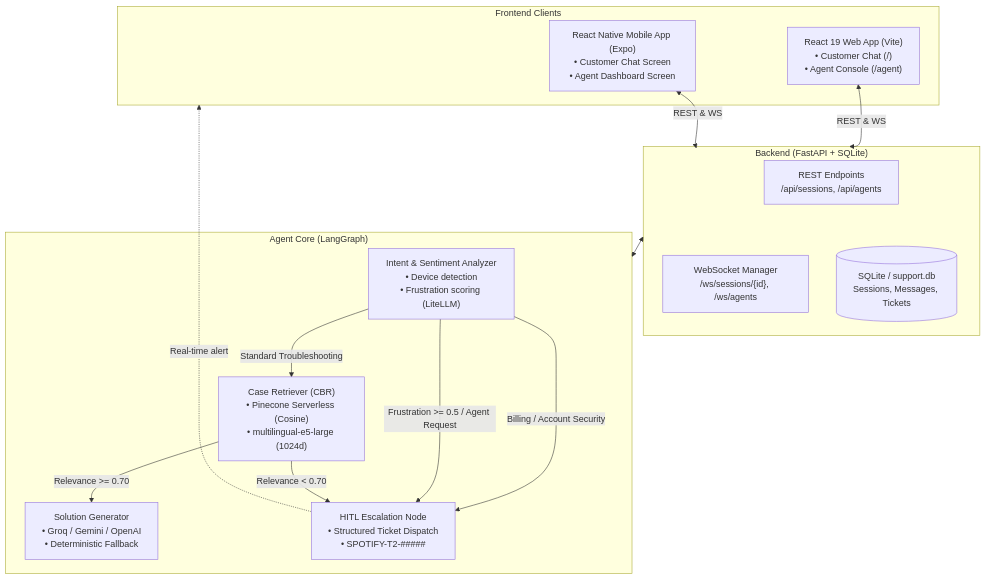
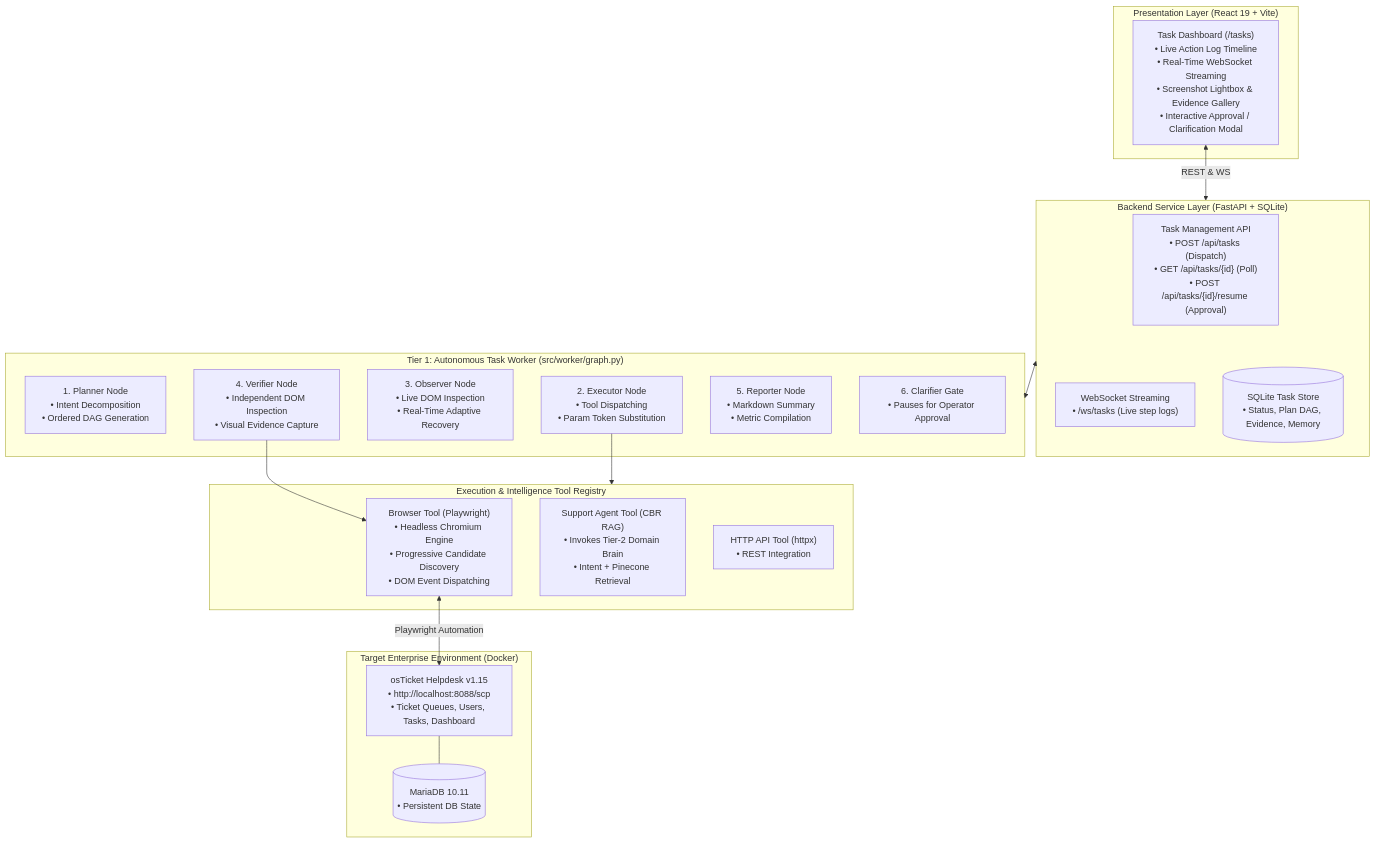
Before and after one commit to Ahad-23/spotify_customer_support_agent: the first of 2 diagrams in README.md, drawn with Mermaid. The commit also changed other lines of this file and 1 other file, not shown here.

Commit message:
docs: set autonomous worker documentation as primary README on autonomous-worker branch

````diff
--- a/README.md
+++ b/README.md
@@ -9,32 +13,40 @@
 ```mermaid
 flowchart TD
-    subgraph Clients["Frontend Clients"]
-        WEB["React 19 Web App (Vite)\n• Customer Chat (/)\n• Agent Console (/agent)"]
-        MOB["React Native Mobile App (Expo)\n• Customer Chat Screen\n• Agent Dashboard Screen"]
+    subgraph Client["Presentation Layer (React 19 + Vite)"]
+        UI["Task Dashboard (/tasks)\n• Live Action Log Timeline\n• Real-Time WebSocket Streaming\n• Screenshot Lightbox & Evidence Gallery\n• Interactive Approval / Clarification Modal"]
     end
 
-    subgraph API["Backend (FastAPI + SQLite)"]
-        REST["REST Endpoints\n/api/sessions, /api/agents"]
-        WS["WebSocket Manager\n/ws/sessions/{id}, /ws/agents"]
-        DB[(SQLite / support.db\nSessions, Messages, Tickets)]
+    subgraph API["Backend Service Layer (FastAPI + SQLite)"]
+        REST["Task Management API\n• POST /api/tasks (Dispatch)\n• GET /api/tasks/{id} (Poll)\n• POST /api/tasks/{id}/resume (Approval)"]
+        WS["WebSocket Streaming\n• /ws/tasks (Live step logs)"]
+        DB[(SQLite Task Store\n• Status, Plan DAG, Evidence, Memory)]
     end
 
-    subgraph Core["Agent Core (LangGraph)"]
-        IA["Intent & Sentiment Analyzer\n• Device detection\n• Frustration scoring (LiteLLM)"]
-        CR["Case Retriever (CBR)\n• Pinecone Serverless (Cosine)\n• multilingual-e5-large (1024d)"]
-        SG["Solution Generator\n• Groq / Gemini / OpenAI\n• Deterministic Fallback"]
-        HITL["HITL Escalation Node\n• Structured Ticket Dispatch\n• SPOTIFY-T2-#####"]
+    subgraph WorkerCore["Tier 1: Autonomous Task Worker (src/worker/graph.py)"]
+        PLANNER["1. Planner Node\n• Intent Decomposition\n• Ordered DAG Generation"]
+        EXECUTOR["2. Executor Node\n• Tool Dispatching\n• Param Token Substitution"]
+        OBSERVER["3. Observer Node\n• Live DOM Inspection\n• Real-Time Adaptive Recovery"]
+        VERIFIER["4. Verifier Node\n• Independent DOM Inspection\n• Visual Evidence Capture"]
+        REPORTER["5. Reporter Node\n• Markdown Summary\n• Metric Compilation"]
+        CLARIFIER["6. Clarifier Gate\n• Pauses for Operator Approval"]
     end
 
-    WEB <-->|REST & WS| API
-    MOB <-->|REST & WS| API
-    API <--> Core
+    subgraph Tools["Execution & Intelligence Tool Registry"]
+        BROWSER["Browser Tool (Playwright)\n• Headless Chromium Engine\n• Progressive Candidate Discovery\n• DOM Event Dispatching"]
+        SUPPORT["Support Agent Tool (CBR RAG)\n• Invokes Tier-2 Domain Brain\n• Intent + Pinecone Retrieval"]
+        HTTP_TOOL["HTTP API Tool (httpx)\n• REST Integration"]
+    end
+
+    subgraph EnterpriseApp["Target Enterprise Environment (Docker)"]
+        OSTICKET["osTicket Helpdesk v1.15\n• http://localhost:8088/scp\n• Ticket Queues, Users, Tasks, Dashboard"]
+        MARIADB[("MariaDB 10.11\n• Persistent DB State")]
+    end
+
+    UI <-->|REST & WS| API
+    API <--> WorkerCore
     API --- DB
-
-    IA -->|Billing / Account Security| HITL
-    IA -->|Frustration >= 0.5 / Agent Request| HITL
-    IA -->|Standard Troubleshooting| CR
-    CR -->|Relevance < 0.70| HITL
-    CR -->|Relevance >= 0.70| SG
-    HITL -.->|Real-time alert| Clients
+    EXECUTOR --> Tools
+    VERIFIER --> BROWSER
+    BROWSER <-->|Playwright Automation| OSTICKET
+    OSTICKET --- MARIADB
 ```
````
